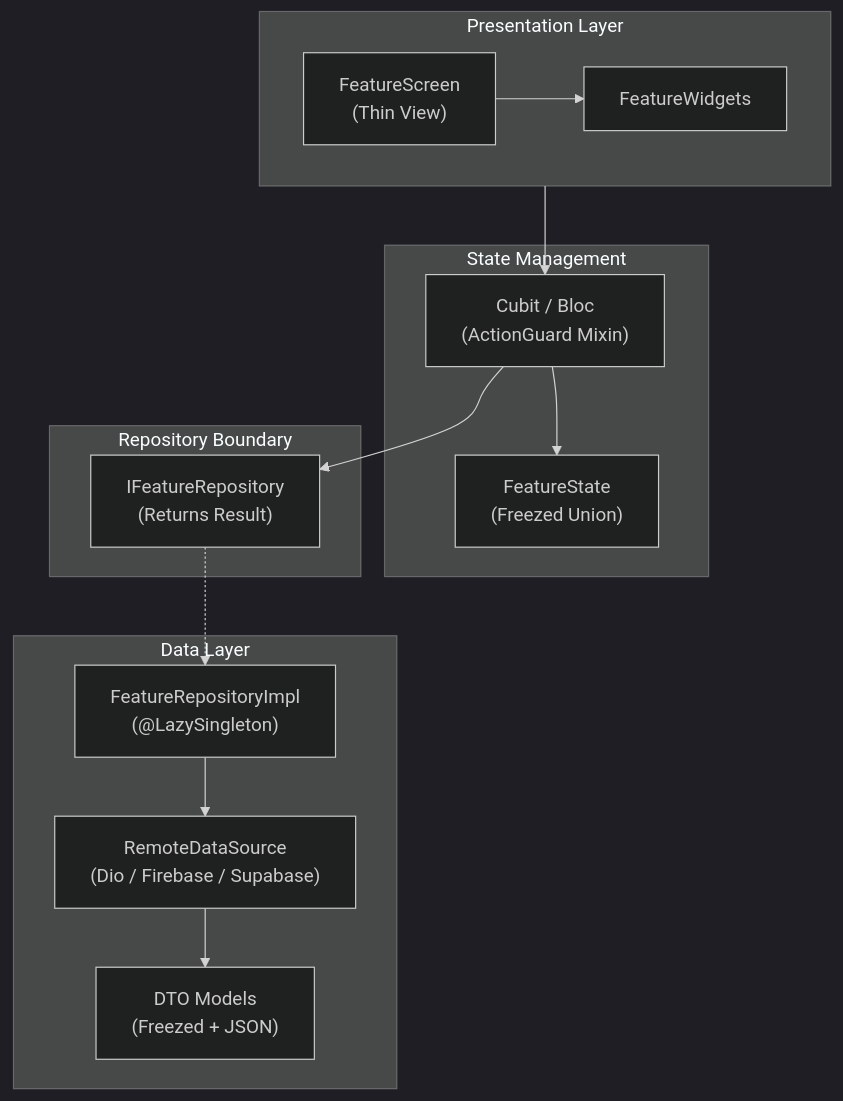
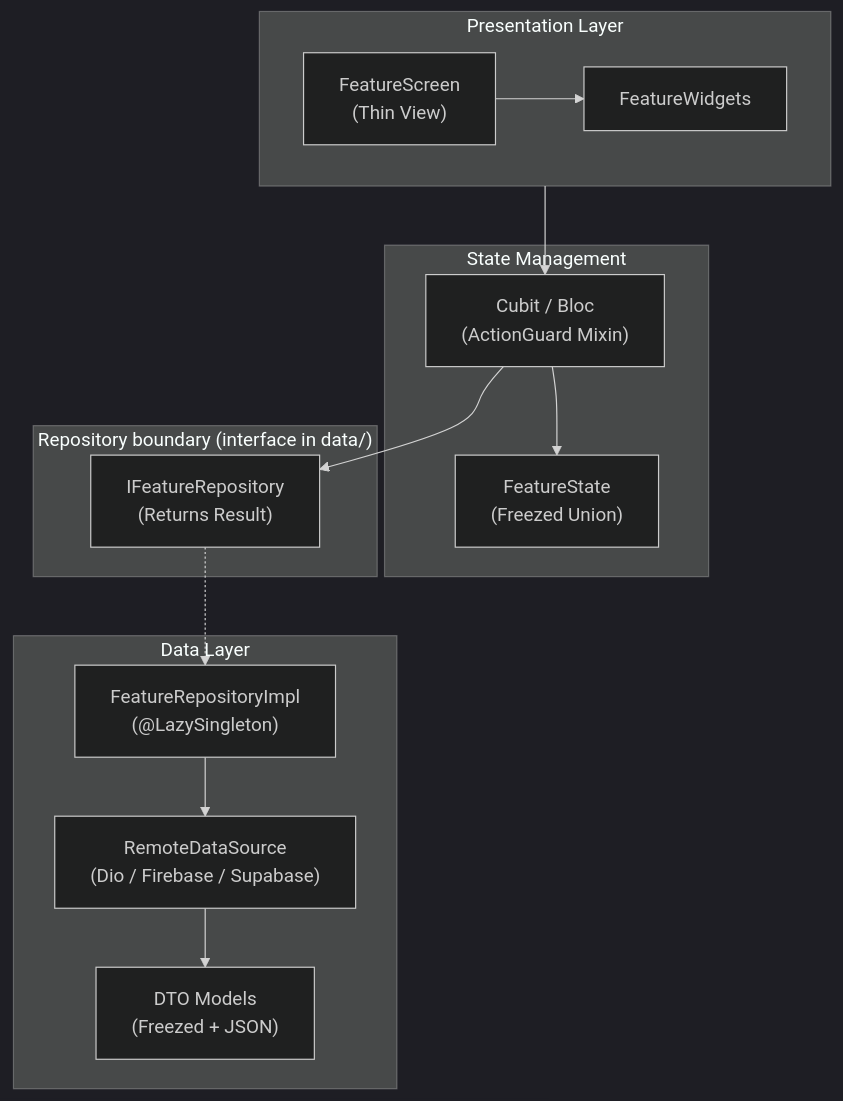
One commit to Clark605/flutter_Starter_template changed the diagram in README.md. Above: the diagram before and after it, drawn with Mermaid (dark theme). The commit also changed other lines of this file and 34 other files, not shown here.

Commit message:
feat(core): implement Batch C quality improvements, pluggable error mapper, ActionToken, and architecture enforcement

````diff
--- a/README.md
+++ b/README.md
@@ -18,31 +18,31 @@
 ```mermaid
 flowchart TD
     subgraph UI ["Presentation Layer"]
         Screen["FeatureScreen\n(Thin View)"]
         Widget["FeatureWidgets"]
         Screen --> Widget
     end
 
     subgraph State ["State Management"]
         Cubit["Cubit / Bloc\n(ActionGuard Mixin)"]
         UnionState["FeatureState\n(Freezed Union)"]
         Cubit --> UnionState
     end
 
-    subgraph Domain ["Repository Boundary"]
+    subgraph Domain ["Repository boundary (interface in data/)"]
         RepoInterface["IFeatureRepository\n(Returns Result<T>)"]
     end
 
     subgraph Data ["Data Layer"]
         RepoImpl["FeatureRepositoryImpl\n(@LazySingleton)"]
         RemoteSource["RemoteDataSource\n(Dio / Firebase / Supabase)"]
         DTO["DTO Models\n(Freezed + JSON)"]
 
         RepoImpl --> RemoteSource
         RemoteSource --> DTO
     end
 
     UI --> Cubit
     Cubit --> RepoInterface
     RepoInterface -.-> RepoImpl
 ```
````
